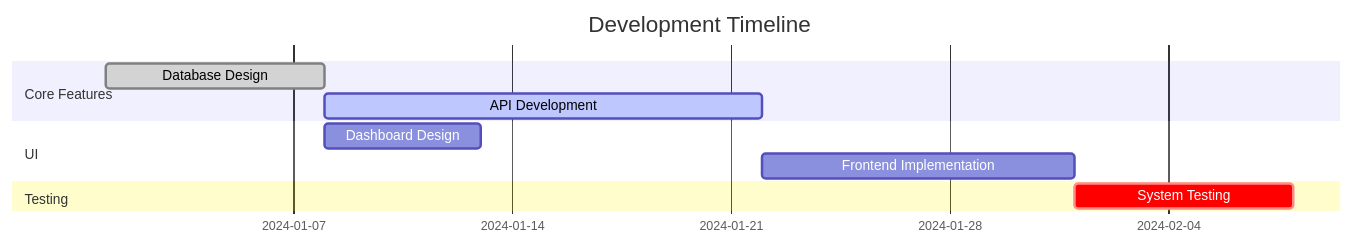
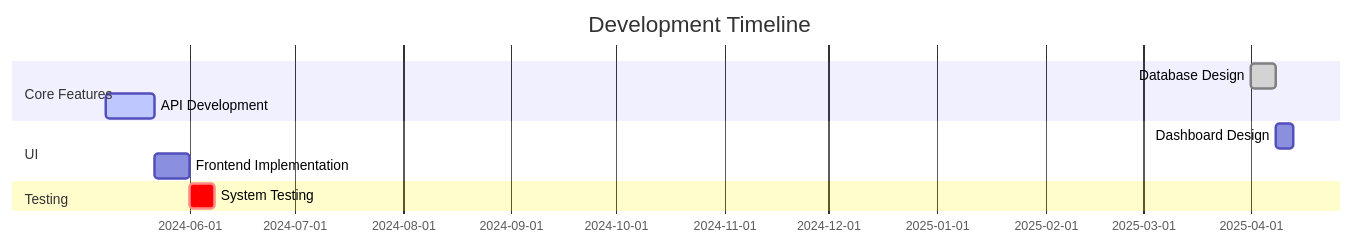
Before and after one commit to thato2-5/Azure-Flask-Web-App: the sixth of 9 diagrams in README.md, drawn with Mermaid.

````diff
--- a/README.md
+++ b/README.md
@@ -143,13 +143,13 @@
 ``` mermaid
 gantt
     title Development Timeline
     dateFormat  YYYY-MM-DD
     section Core Features
-    Database Design      :done, db1, 2024-01-01, 7d
-    API Development      :active, api1, 2024-01-08, 14d
+    Database Design      :done, db1, 2025-04-01, 7d
+    API Development      :active, api1, 2024-05-08, 14d
     section UI
     Dashboard Design     : ui1, after db1, 5d
     Frontend Implementation : ui2, after api1, 10d
     section Testing
     System Testing       : crit, after ui2, 7d
 ```
````
